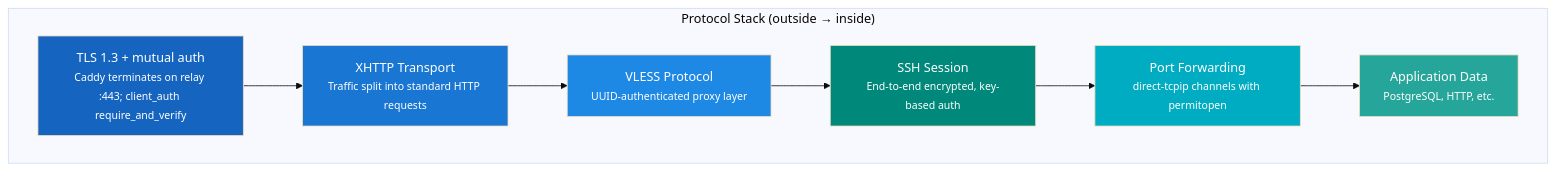
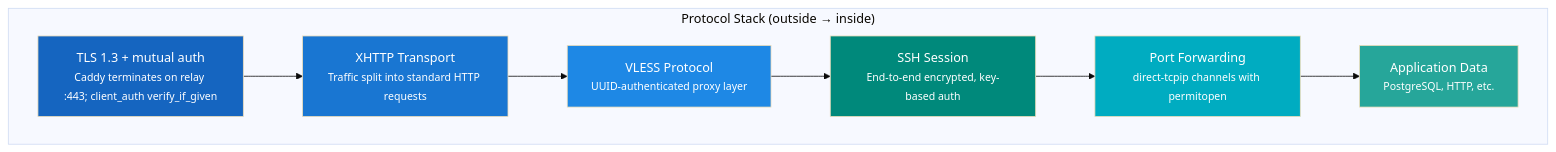
The first of 2 diagrams in docs/architecture/solution-strategy.md (Tunnel-Whisperer/Tunnel-Whisperer), drawn with Mermaid (base theme) before and after one commit. The commit also changed other lines of this file and 30 other files, not shown here.

Commit message:
docs: rewrite enrollment docs for invite flow

````diff
--- a/docs/architecture/solution-strategy.md
+++ b/docs/architecture/solution-strategy.md
@@ -7,20 +7,20 @@
 ```mermaid
 graph TB
     subgraph "Protocol Stack (outside → inside)"
-        TLS["TLS 1.3 + mutual auth<br/><small>Caddy terminates on relay :443; client_auth require_and_verify</small>"]
+        TLS["TLS 1.3 + mutual auth<br/><small>Caddy terminates on relay :443; client_auth verify_if_given</small>"]
         HTTP["XHTTP Transport<br/><small>Traffic split into standard HTTP requests</small>"]
         VLESS["VLESS Protocol<br/><small>UUID-authenticated proxy layer</small>"]
         SSH["SSH Session<br/><small>End-to-end encrypted, key-based auth</small>"]
         FWD["Port Forwarding<br/><small>direct-tcpip channels with permitopen</small>"]
         APP["Application Data<br/><small>PostgreSQL, HTTP, etc.</small>"]
     end
 
     TLS --> HTTP --> VLESS --> SSH --> FWD --> APP
 
     style TLS fill:#1565C0,color:#fff
     style HTTP fill:#1976D2,color:#fff
     style VLESS fill:#1E88E5,color:#fff
     style SSH fill:#00897B,color:#fff
     style FWD fill:#00ACC1,color:#fff
     style APP fill:#26A69A,color:#fff
 ```
````
